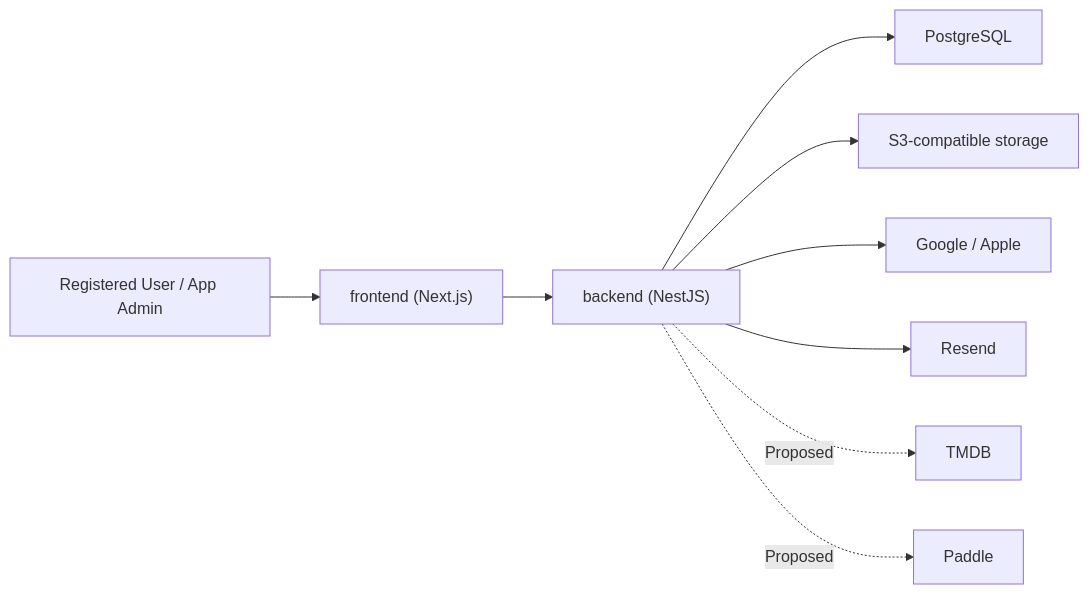
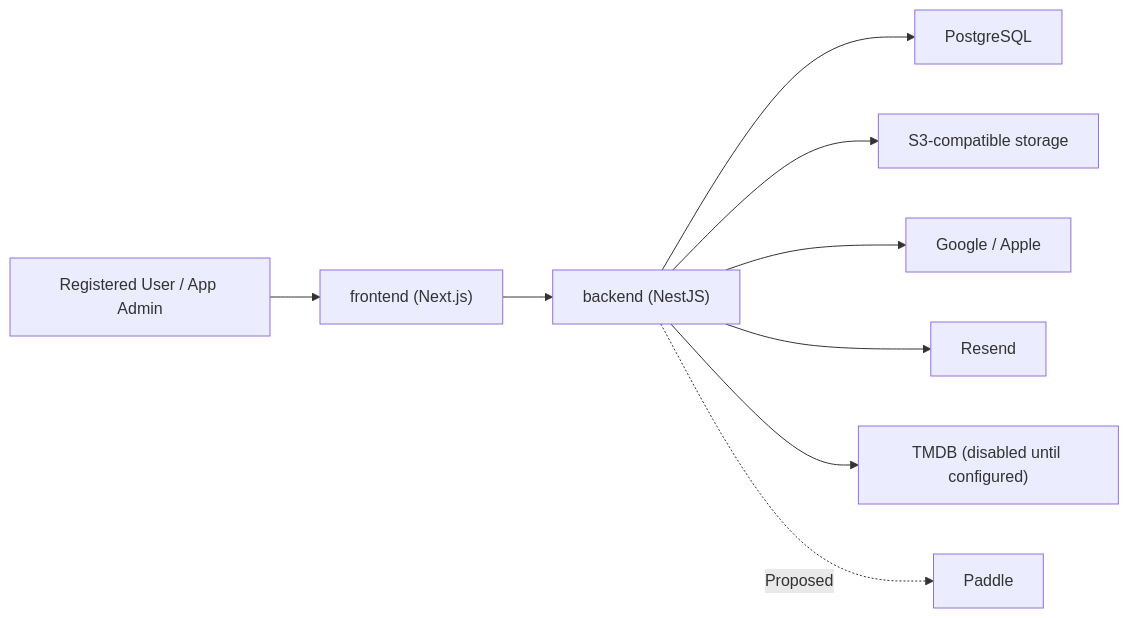
Before and after one commit to Shagon1k/PickFlick: the first of 4 diagrams in ARCHITECTURE.md, drawn with Mermaid. The commit also changed other lines of this file and 28 other files, not shown here.

````diff
--- a/ARCHITECTURE.md
+++ b/ARCHITECTURE.md
@@ -24,11 +24,11 @@
 ```mermaid
 flowchart LR
   User["Registered User / App Admin"] --> Frontend["frontend (Next.js)"]
   Frontend --> API["backend (NestJS)"]
   API --> DB["PostgreSQL"]
   API --> Objects["S3-compatible storage"]
   API --> OAuth["Google / Apple"]
   API --> Email["Resend"]
-  API -. Proposed .-> TMDB["TMDB"]
+  API --> TMDB["TMDB (disabled until configured)"]
   API -. Proposed .-> Paddle["Paddle"]
 ```
````
